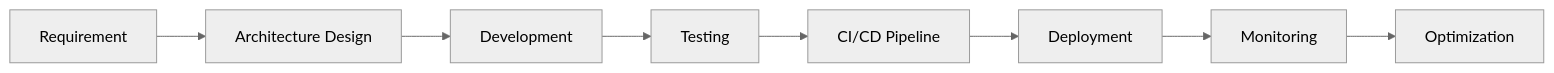
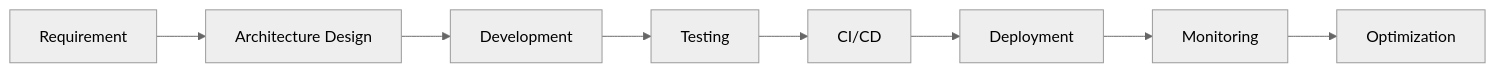
One commit to thangknt99/thangknt99 changed the diagram in README.md. Above: the diagram before and after it, drawn with Mermaid (neutral theme). The commit also changed other lines of this file, not shown here.

````diff
--- a/README.md
+++ b/README.md
@@ -224,10 +203,10 @@
 ```mermaid
 flowchart LR
     A[Requirement] --> B[Architecture Design]
     B --> C[Development]
     C --> D[Testing]
-    D --> E[CI/CD Pipeline]
+    D --> E[CI/CD]
     E --> F[Deployment]
     F --> G[Monitoring]
     G --> H[Optimization]
 ```
````
